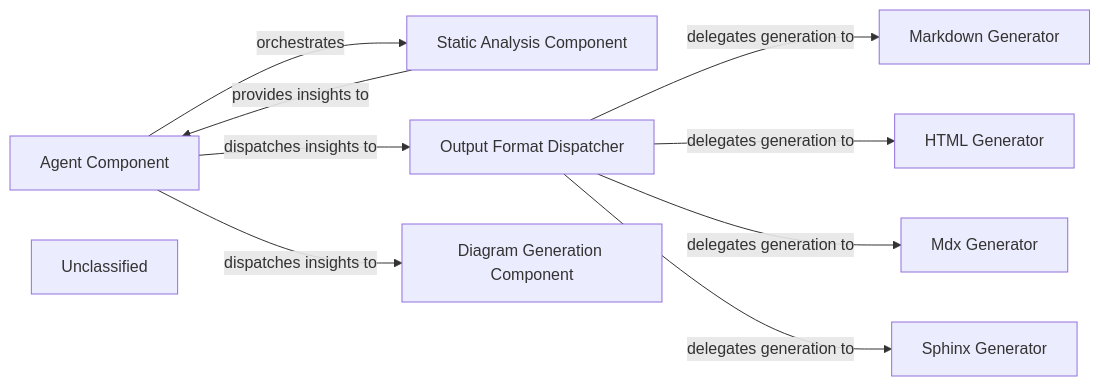
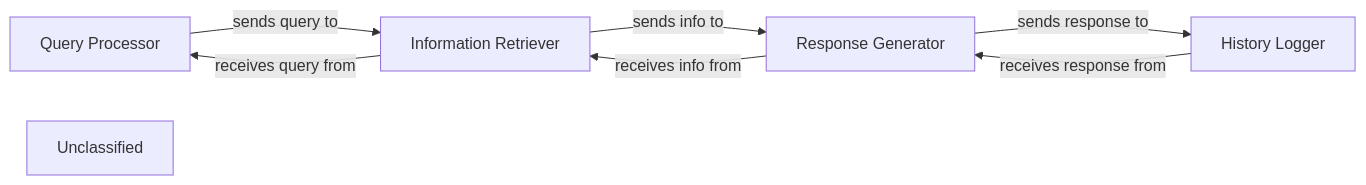
One commit to CodeBoarding/CodeBoarding changed the fourth of 8 diagrams in docs/development/architecture.md. Above: the diagram before and after it, drawn with Mermaid. The commit also changed other lines of this file and 25 other files, not shown here.

First line of the commit message:
docs: update codeboarding documentation and generate architecture

````diff
--- a/docs/development/architecture.md
+++ b/docs/development/architecture.md
@@ -279,20 +245,14 @@
 ```mermaid
 graph LR
-    Agent_Component["Agent Component"]
-    Static_Analysis_Component["Static Analysis Component"]
-    Output_Format_Dispatcher["Output Format Dispatcher"]
-    Markdown_Generator["Markdown Generator"]
-    HTML_Generator["HTML Generator"]
-    Mdx_Generator["Mdx Generator"]
-    Sphinx_Generator["Sphinx Generator"]
-    Diagram_Generation_Component["Diagram Generation Component"]
+    Query_Processor["Query Processor"]
+    Information_Retriever["Information Retriever"]
+    Response_Generator["Response Generator"]
+    History_Logger["History Logger"]
     Unclassified["Unclassified"]
-    Agent_Component -- "orchestrates" --> Static_Analysis_Component
-    Static_Analysis_Component -- "provides insights to" --> Agent_Component
-    Agent_Component -- "dispatches insights to" --> Output_Format_Dispatcher
-    Agent_Component -- "dispatches insights to" --> Diagram_Generation_Component
-    Output_Format_Dispatcher -- "delegates generation to" --> Markdown_Generator
-    Output_Format_Dispatcher -- "delegates generation to" --> HTML_Generator
-    Output_Format_Dispatcher -- "delegates generation to" --> Mdx_Generator
-    Output_Format_Dispatcher -- "delegates generation to" --> Sphinx_Generator
+    Query_Processor -- "sends query to" --> Information_Retriever
+    Information_Retriever -- "sends info to" --> Response_Generator
+    Response_Generator -- "sends response to" --> History_Logger
+    Information_Retriever -- "receives query from" --> Query_Processor
+    Response_Generator -- "receives info from" --> Information_Retriever
+    History_Logger -- "receives response from" --> Response_Generator
 ```
````
